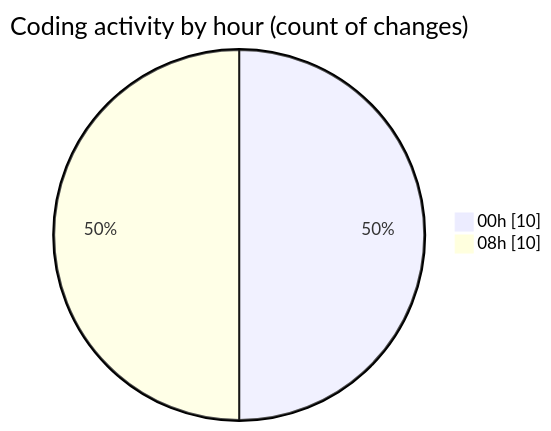
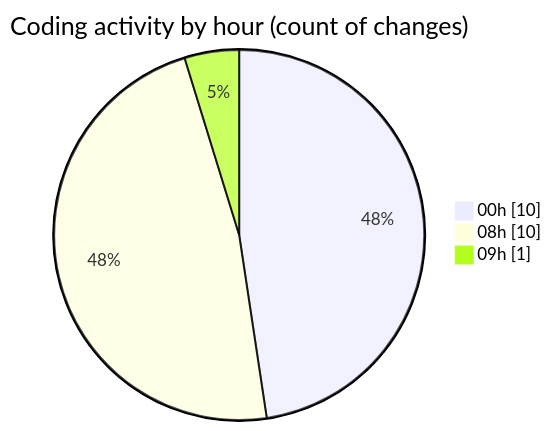
Before and after one commit to nxtqubesakshisongat/code-tracking: the second of 2 diagrams in 2026-01-20/nxtqube_webapp/README.md, drawn with Mermaid. The commit also changed other lines of this file and 1 other file, not shown here.

````diff
--- a/2026-01-20/nxtqube_webapp/README.md
+++ b/2026-01-20/nxtqube_webapp/README.md
@@ -33,6 +33,7 @@
 ```mermaid
 pie showData
 title Coding activity by hour (count of changes)
 "00h" : 10
 "08h" : 10
+"09h" : 1
 ```
````
